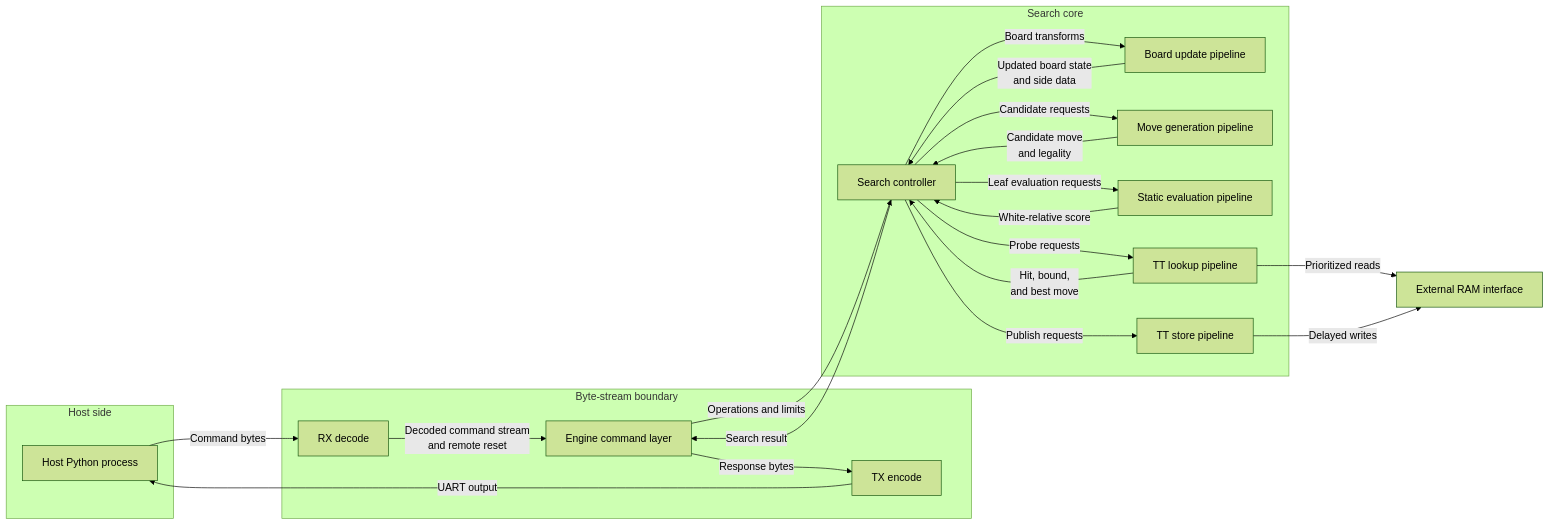
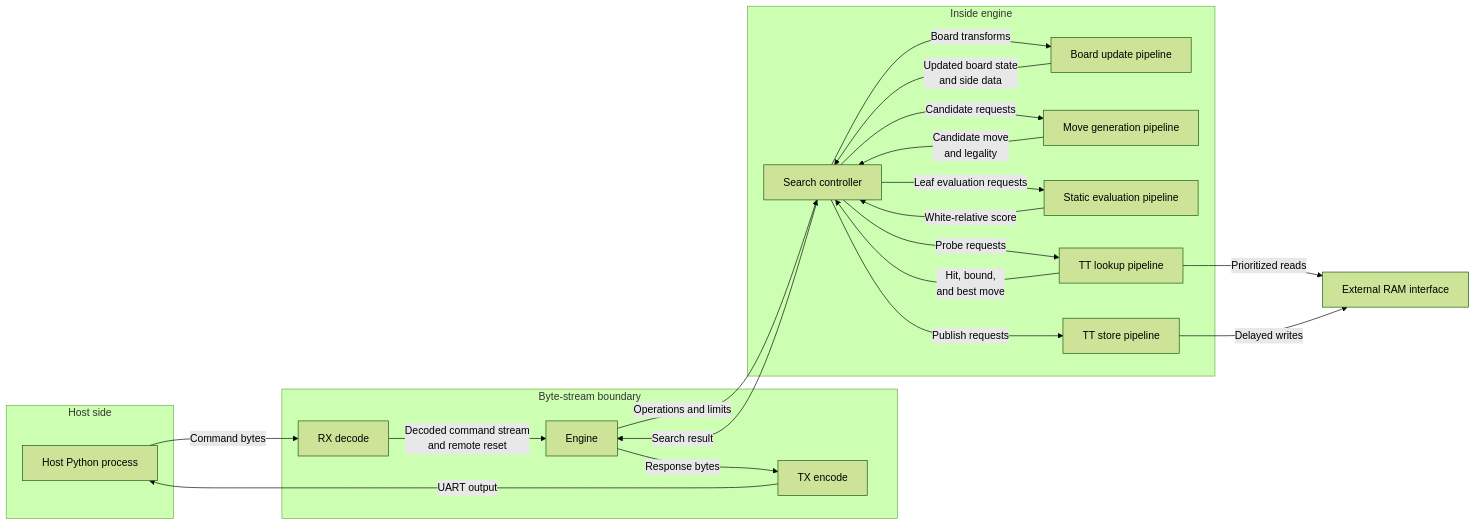
Before and after one commit to 3met/FPGA-Chess: the diagram in docs/architecture/chip-design.md, drawn with Mermaid (forest theme). The commit also changed other lines of this file and 11 other files, not shown here.

````diff
--- a/docs/architecture/chip-design.md
+++ b/docs/architecture/chip-design.md
@@ -30,45 +30,45 @@
 ```mermaid
 flowchart LR
     subgraph HostSide["Host side"]
         Host["Host Python process"]
     end
 
     subgraph IO["Byte-stream boundary"]
         RX["RX decode"]
-        Engine["Engine command layer"]
+        Engine["Engine"]
         TX["TX encode"]
     end
 
-    subgraph SearchCore["Search core"]
+    subgraph SearchCore["Inside engine"]
         Search["Search controller"]
         BoardUpdate["Board update pipeline"]
         MoveGen["Move generation pipeline"]
         StaticEval["Static evaluation pipeline"]
         TTLookup["TT lookup pipeline"]
         TTStore["TT store pipeline"]
     end
 
     RAM["External RAM interface"]
 
     Host -->|"Command bytes"| RX
     RX -->|"Decoded command stream\nand remote reset"| Engine
     Engine -->|"Operations and limits"| Search
 
     Search -->|"Board transforms"| BoardUpdate
     Search -->|"Candidate requests"| MoveGen
     Search -->|"Leaf evaluation requests"| StaticEval
     Search -->|"Probe requests"| TTLookup
     Search -->|"Publish requests"| TTStore
 
     BoardUpdate -->|"Updated board state\nand side data"| Search
     MoveGen -->|"Candidate move\nand legality"| Search
     StaticEval -->|"White-relative score"| Search
     TTLookup -->|"Hit, bound,\nand best move"| Search
 
     TTLookup -->|"Prioritized reads"| RAM
     TTStore -->|"Delayed writes"| RAM
 
     Search -->|"Search result"| Engine
     Engine -->|"Response bytes"| TX
     TX -->|"UART output"| Host
 ```
````
